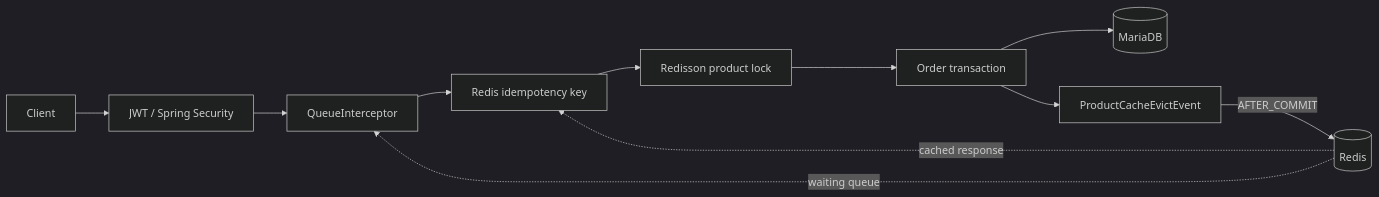
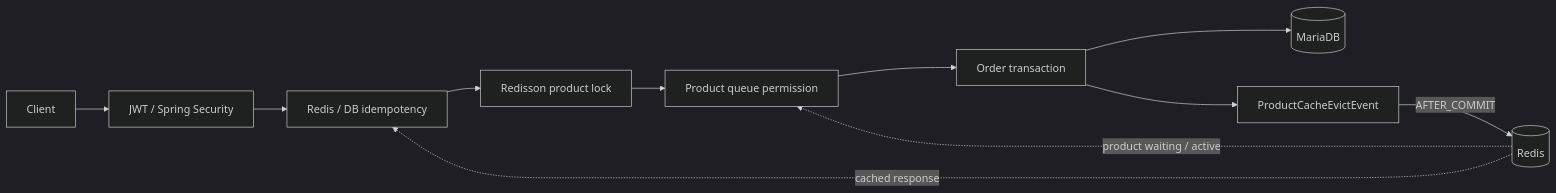
Before and after one commit to juhwanz/eshop-refac: the diagram in README.md, drawn with Mermaid (dark theme). The commit also changed other lines of this file and 32 other files, not shown here.

Commit message:
feat: add product-scoped admission queue

````diff
--- a/README.md
+++ b/README.md
@@ -43,14 +43,14 @@
 ```mermaid
 flowchart LR
     Client[Client] --> Security[JWT / Spring Security]
-    Security --> Queue[QueueInterceptor]
-    Queue --> Idempotency[Redis idempotency key]
+    Security --> Idempotency[Redis / DB idempotency]
     Idempotency --> Lock[Redisson product lock]
-    Lock --> Service[Order transaction]
+    Lock --> Queue[Product queue permission]
+    Queue --> Service[Order transaction]
     Service --> MariaDB[(MariaDB)]
     Service --> Event[ProductCacheEvictEvent]
     Event -->|AFTER_COMMIT| Redis[(Redis)]
 
-    Redis -. waiting queue .-> Queue
+    Redis -. product waiting / active .-> Queue
     Redis -. cached response .-> Idempotency
 ```
````
